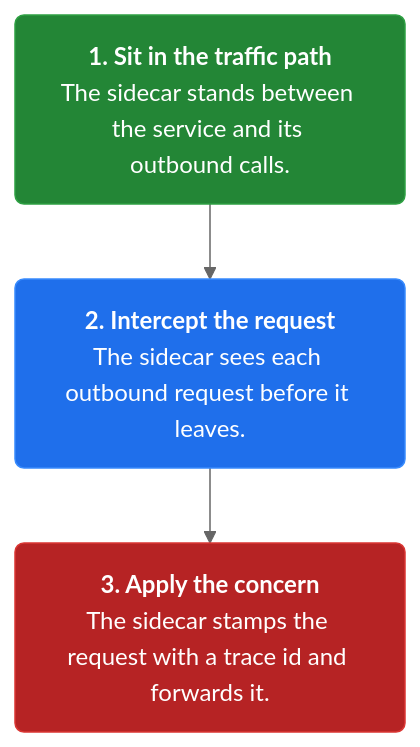
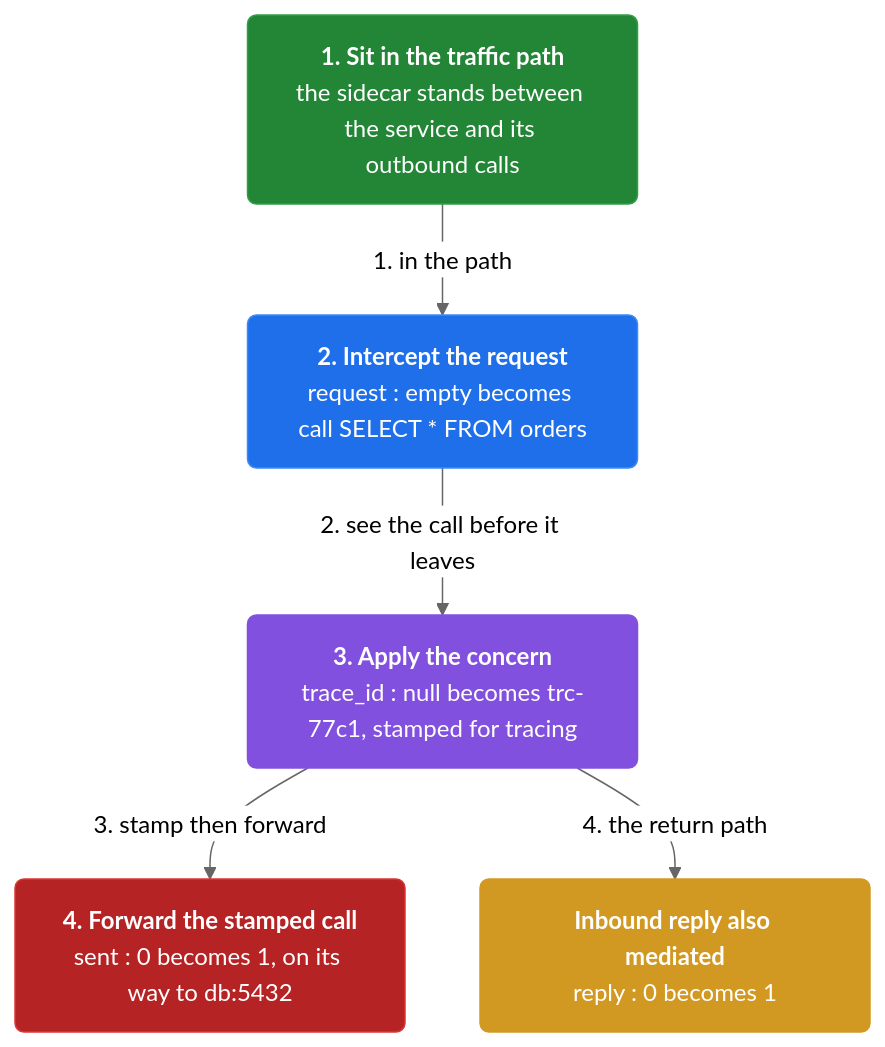
The second of 4 diagrams in docs/ch42-sidecar.md (vinayakuber/microservices-io-study-guide), drawn with Mermaid (neutral theme) before and after one commit. The commit also changed other lines of this file and 46 other files, not shown here.

First line of the commit message:
Author rich branching flow diagrams for all 44 chapters

````diff
--- a/docs/ch42-sidecar.md
+++ b/docs/ch42-sidecar.md
@@ -50,11 +56,17 @@
 ```mermaid
 flowchart TD
-  classDef step fill:#1f6feb,color:#ffffff,stroke:#388bfd,stroke-width:1px,rx:6
+  classDef step fill:#1f6feb,color:#ffffff,stroke:#388bfd,rx:6
+  classDef core fill:#8250df,color:#ffffff,stroke:#8250df,rx:6
+  classDef warn fill:#d29922,color:#ffffff,stroke:#d29922,rx:6
   classDef start fill:#238636,color:#ffffff,stroke:#2ea043,rx:6
   classDef stop fill:#b62324,color:#ffffff,stroke:#da3633,rx:6
-  s1n0["<b>1. Sit in the traffic path</b><br/>The sidecar stands between the service and its outbound calls."]:::start
-  s1n1["<b>2. Intercept the request</b><br/>The sidecar sees each outbound request before it leaves."]:::step
-  s1n2["<b>3. Apply the concern</b><br/>The sidecar stamps the request with a trace id and forwards it."]:::stop
-  s1n0 --> s1n1
-  s1n1 --> s1n2
+  n0["<b>1. Sit in the traffic path</b><br/>the sidecar stands between the service and its outbound calls"]:::start
+  n1["<b>2. Intercept the request</b><br/>request : empty becomes call SELECT * FROM orders"]:::step
+  n2["<b>3. Apply the concern</b><br/>trace_id : null becomes trc-77c1, stamped for tracing"]:::core
+  n3["<b>4. Forward the stamped call</b><br/>sent : 0 becomes 1, on its way to db:5432"]:::stop
+  n4["<b>Inbound reply also mediated</b><br/>reply : 0 becomes 1"]:::warn
+  n0 -->|"1. in the path"| n1
+  n1 -->|"2. see the call before it leaves"| n2
+  n2 -->|"3. stamp then forward"| n3
+  n2 -->|"4. the return path"| n4
 ```
````
